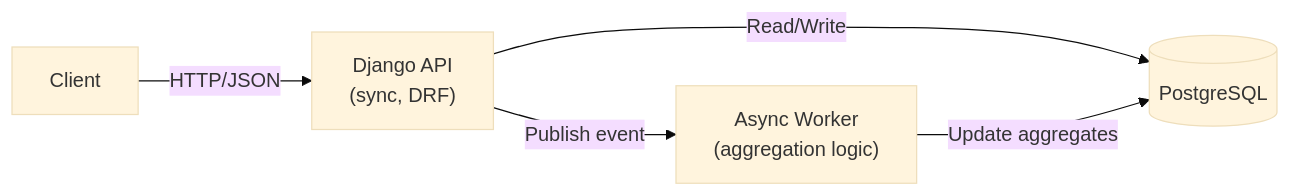
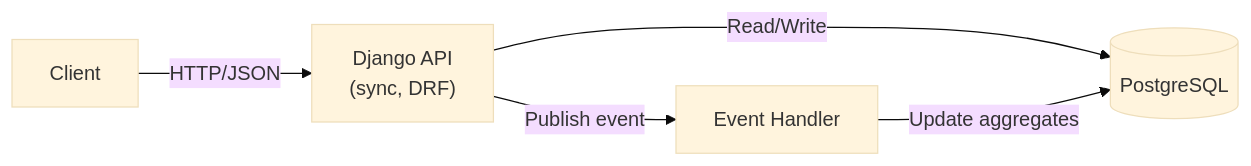
Before and after one commit to globanov/imre: the first of 3 diagrams in README.md, drawn with Mermaid (base theme). The commit also changed other lines of this file, not shown here.

````diff
--- a/README.md
+++ b/README.md
@@ -7,7 +9,7 @@
 ```mermaid
 graph LR
-    A[Client] -->|HTTP/JSON| B["Django API\n(sync, DRF)"]
+    A[Client] -->|HTTP/JSON| B["Django API<br>(sync, DRF)"]
     B -->|Read/Write| C[(PostgreSQL)]
-    B -->|Publish event| E["Async Worker\n(aggregation logic)"]
-    E -->|Update aggregates| C
+    B -->|Publish event| D["Event Handler"]
+    D -->|Update aggregates| C
 ```
````
